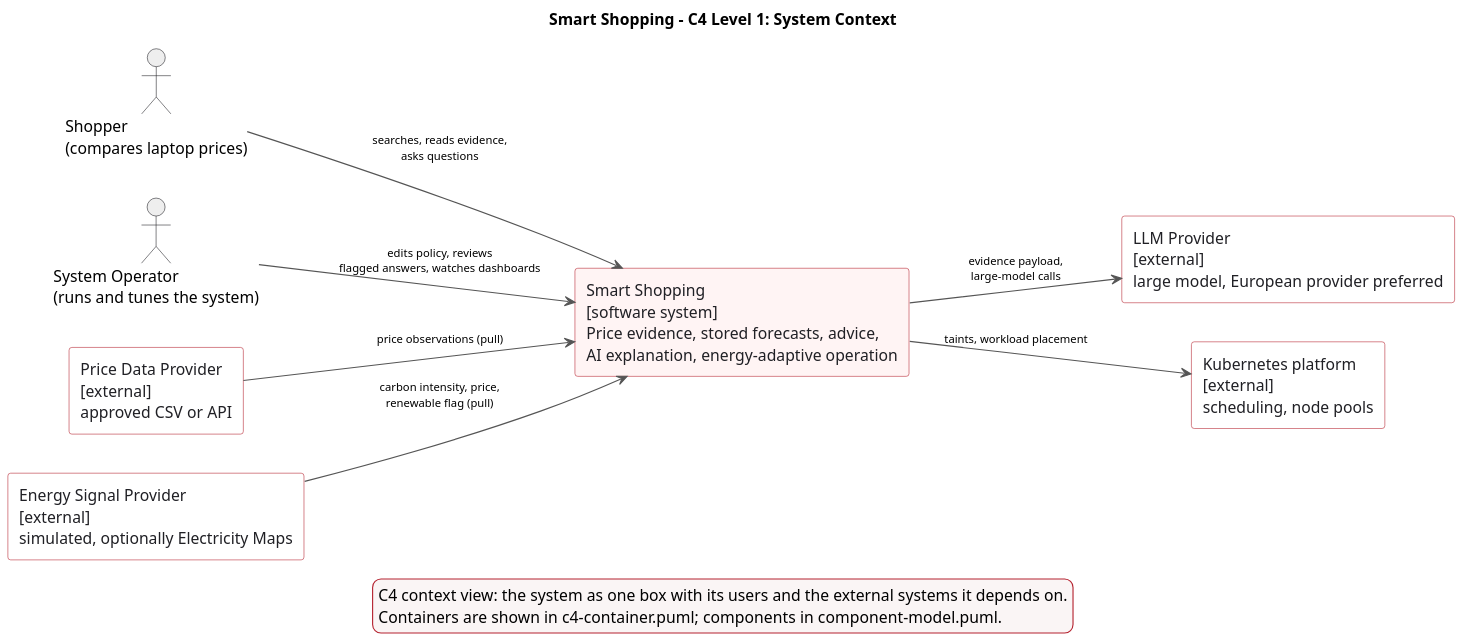
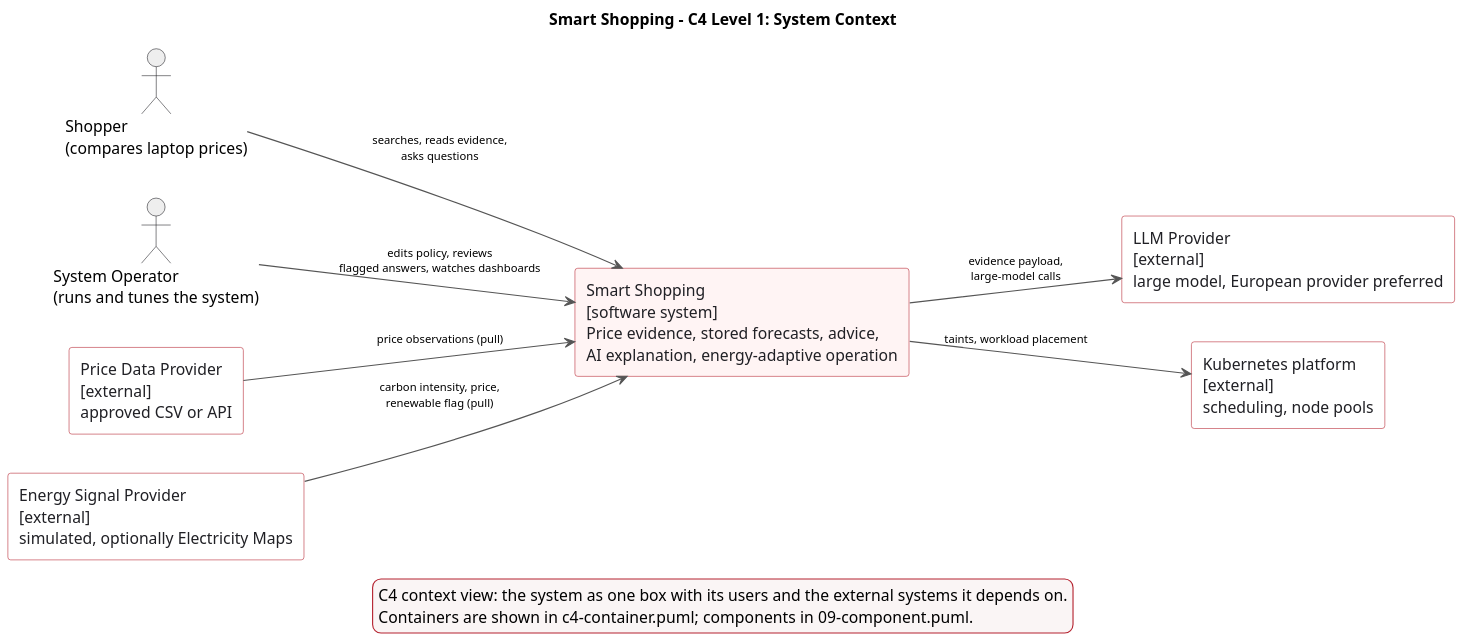
One commit to anchelesr/AACC-Smart-Shopping changed the diagram in docs/diagrams/c4-context.puml. Above: the diagram before and after it, drawn with PlantUML. The commit also changed 143 other files, not shown here.

```diff
--- a/docs/diagrams/c4-context.puml
+++ b/docs/diagrams/c4-context.puml
@@ -1,42 +1,42 @@
 @startuml
 title Smart Shopping - C4 Level 1: System Context
 skinparam shadowing false
 skinparam backgroundColor white
 skinparam dpi 140
 skinparam ArrowColor #555555
 skinparam ArrowFontSize 10
 skinparam rectangle {
   BorderColor #B52330
   BackgroundColor #FFF4F4
   FontColor #202025
 }
 skinparam actor {
   BackgroundColor #EEEEEE
   BorderColor #202025
 }
 skinparam LegendBackgroundColor #FAF5F5
 skinparam LegendBorderColor #B52330
 left to right direction
 
 actor "Shopper\n(compares laptop prices)" as Shopper
 actor "System Operator\n(runs and tunes the system)" as Operator
 
 rectangle "Smart Shopping\n[software system]\nPrice evidence, stored forecasts, advice,\nAI explanation, energy-adaptive operation" as SYS
 
 rectangle "Price Data Provider\n[external]\napproved CSV or API" as SRC #FFFFFF
 rectangle "Energy Signal Provider\n[external]\nsimulated, optionally Electricity Maps" as ESP #FFFFFF
 rectangle "LLM Provider\n[external]\nlarge model, European provider preferred" as LLM #FFFFFF
 rectangle "Kubernetes platform\n[external]\nscheduling, node pools" as K8S #FFFFFF
 
 Shopper --> SYS : searches, reads evidence,\nasks questions
 Operator --> SYS : edits policy, reviews\nflagged answers, watches dashboards
 SRC --> SYS : price observations (pull)
 ESP --> SYS : carbon intensity, price,\nrenewable flag (pull)
 SYS --> LLM : evidence payload,\nlarge-model calls
 SYS --> K8S : taints, workload placement
 
 legend bottom
   C4 context view: the system as one box with its users and the external systems it depends on.
-  Containers are shown in c4-container.puml; components in component-model.puml.
+  Containers are shown in c4-container.puml; components in 09-component.puml.
 endlegend
 @enduml
```
